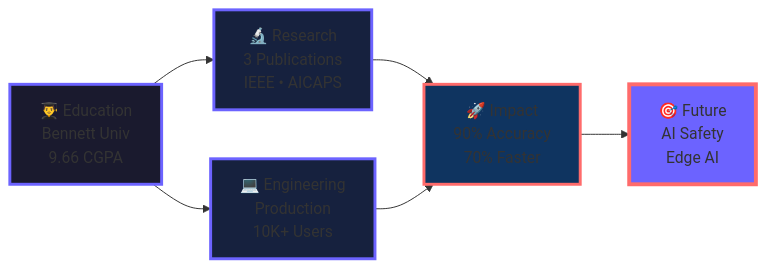
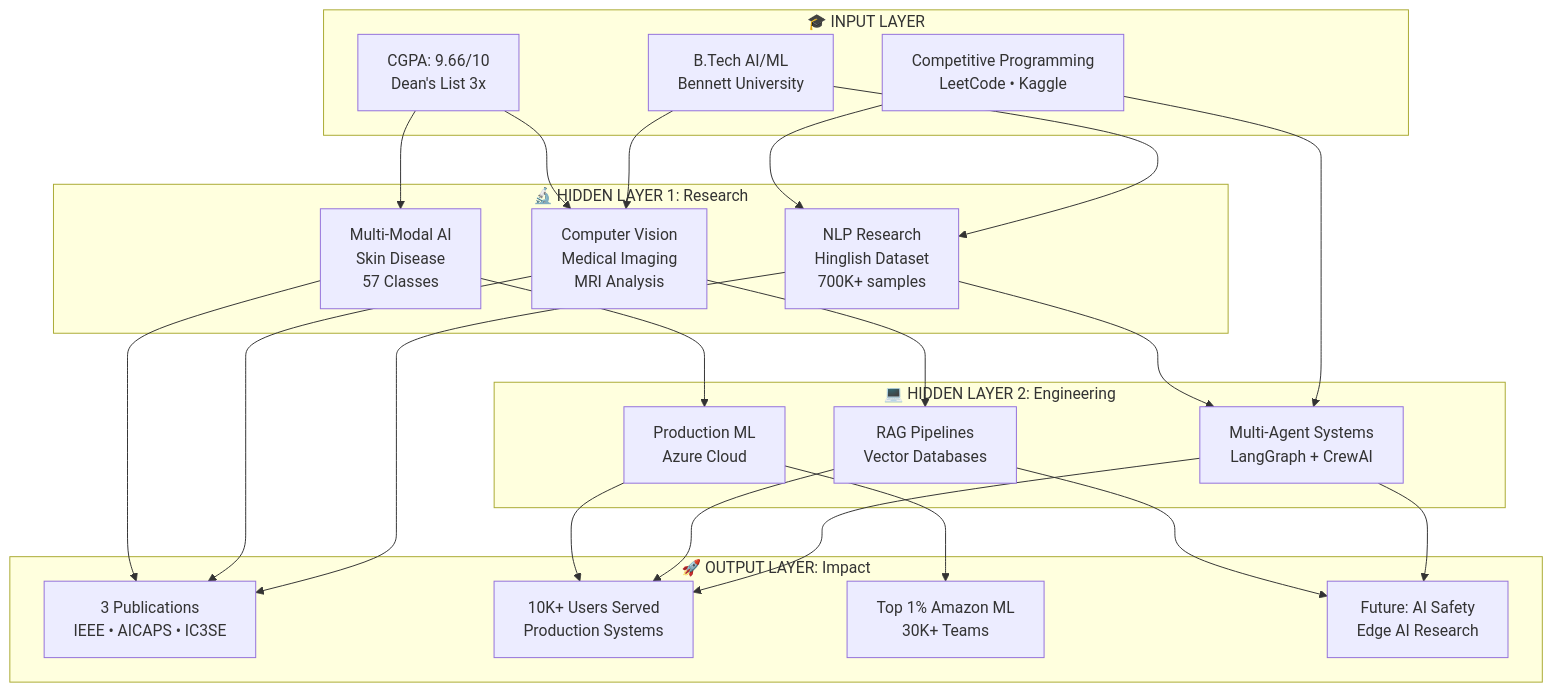
Before and after one commit to sidd707/sidd707: the first of 2 diagrams in README.md, drawn with Mermaid. The commit also changed other lines of this file, not shown here.

````diff
--- a/README.md
+++ b/README.md
@@ -81,14 +69,39 @@
 ```mermaid
-graph LR
-    A[👨‍🎓 Education<br/>Bennett Univ<br/>9.66 CGPA] --> B[🔬 Research<br/>3 Publications<br/>IEEE • AICAPS]
-    A --> C[💻 Engineering<br/>Production<br/>10K+ Users]
-    B --> D[🚀 Impact<br/>90% Accuracy<br/>70% Faster]
-    C --> D
-    D --> E[🎯 Future<br/>AI Safety<br/>Edge AI]
-    
-    style A fill:#1a1a2e,stroke:#6C63FF,stroke-width:3px
-    style B fill:#16213e,stroke:#6C63FF,stroke-width:3px
-    style C fill:#16213e,stroke:#6C63FF,stroke-width:3px
-    style D fill:#0f3460,stroke:#FF6B6B,stroke-width:3px
-    style E fill:#6C63FF,stroke:#FF6B6B,stroke-width:4px
+graph TB
+    subgraph Input["🎓 INPUT LAYER"]
+        A1[B.Tech AI/ML<br/>Bennett University]
+        A2[CGPA: 9.66/10<br/>Dean's List 3x]
+        A3[Competitive Programming<br/>LeetCode • Kaggle]
+    end
+
+    subgraph Hidden1["🔬 HIDDEN LAYER 1: Research"]
+        B1[NLP Research<br/>Hinglish Dataset<br/>700K+ samples]
+        B2[Computer Vision<br/>Medical Imaging<br/>MRI Analysis]
+        B3[Multi-Modal AI<br/>Skin Disease<br/>57 Classes]
+    end
+
+    subgraph Hidden2["💻 HIDDEN LAYER 2: Engineering"]
+        C1[Multi-Agent Systems<br/>LangGraph + CrewAI]
+        C2[RAG Pipelines<br/>Vector Databases]
+        C3[Production ML<br/>Azure Cloud]
+    end
+
+    subgraph Output["🚀 OUTPUT LAYER: Impact"]
+        D1[3 Publications<br/>IEEE • AICAPS • IC3SE]
+        D2[10K+ Users Served<br/>Production Systems]
+        D3[Top 1% Amazon ML<br/>30K+ Teams]
+        D4[Future: AI Safety<br/>Edge AI Research]
+    end
+
+    A1 --> B1 & B2
+    A2 --> B2 & B3
+    A3 --> B1 & C1
+
+    B1 --> C1 & D1
+    B2 --> C2 & D1
+    B3 --> C3 & D1
+
+    C1 --> D2 & D4
+    C2 --> D2 & D4
+    C3 --> D2 & D3
 ```
````
